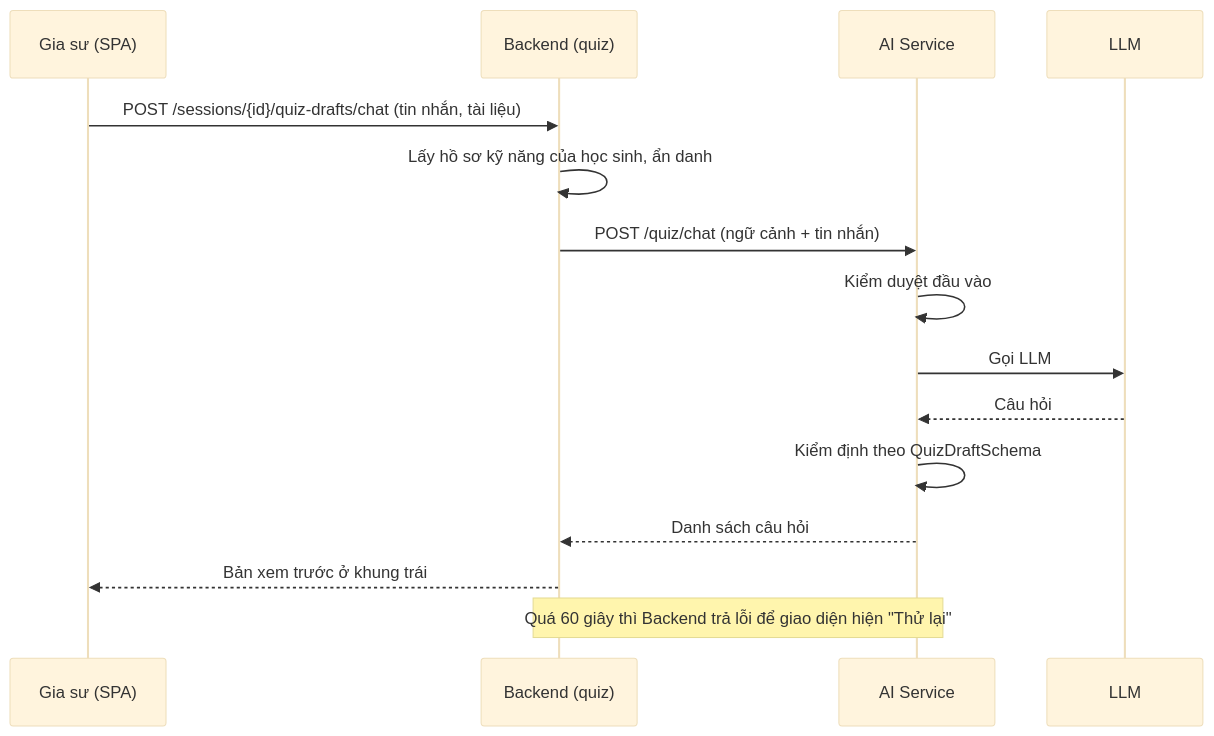
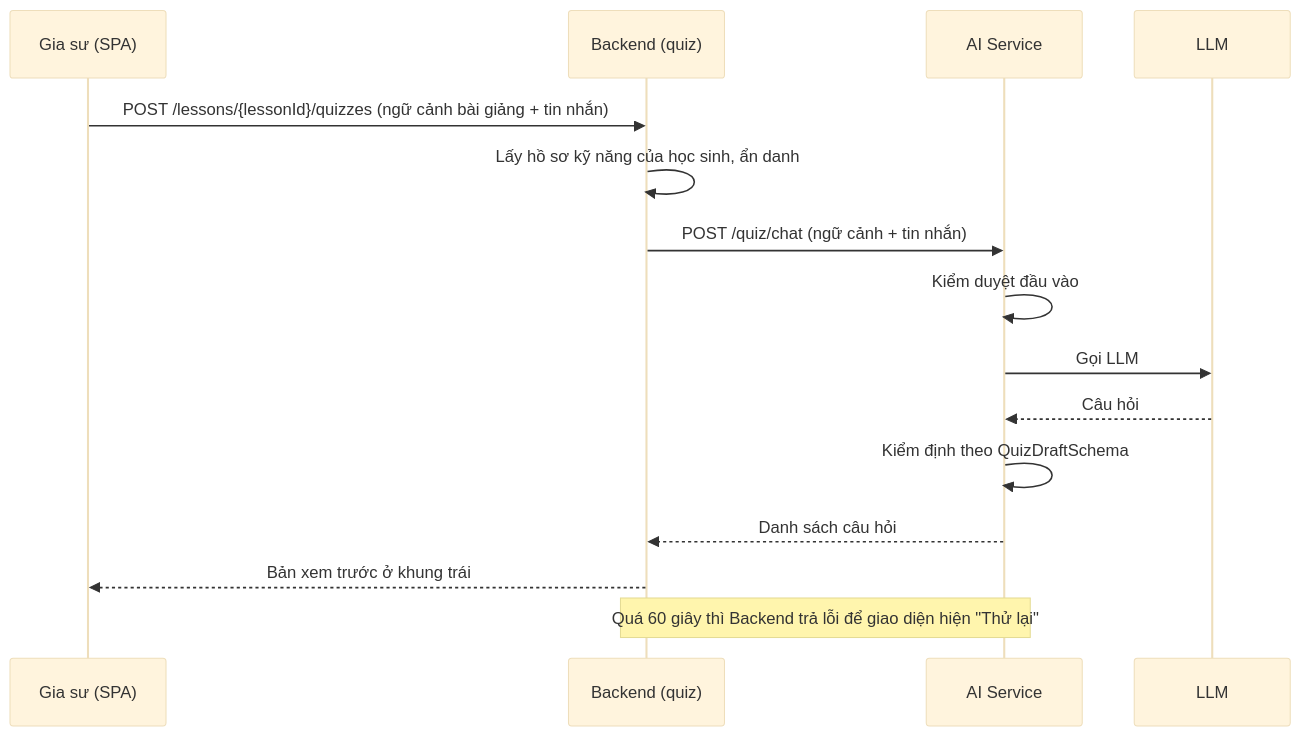
Before and after one commit to quangnguyenviet/English-tutor-platform-final-project-2026: the sixth of 8 diagrams in docs/project/ARCHITECTURE.md, drawn with Mermaid (base theme). The commit also changed other lines of this file and 3 other files, not shown here.

First line of the commit message:
docs: cập nhật 4 tài liệu theo refactor V16 (lessons + teaching_logs)

````diff
--- a/docs/project/ARCHITECTURE.md
+++ b/docs/project/ARCHITECTURE.md
@@ -287,18 +287,18 @@
 ```mermaid
 sequenceDiagram
     participant T as Gia sư (SPA)
     participant B as Backend (quiz)
     participant A as AI Service
     participant L as LLM
 
-    T->>B: POST /sessions/{id}/quiz-drafts/chat (tin nhắn, tài liệu)
+    T->>B: POST /lessons/{lessonId}/quizzes (ngữ cảnh bài giảng + tin nhắn)
     B->>B: Lấy hồ sơ kỹ năng của học sinh, ẩn danh
     B->>A: POST /quiz/chat (ngữ cảnh + tin nhắn)
     A->>A: Kiểm duyệt đầu vào
     A->>L: Gọi LLM
     L-->>A: Câu hỏi
     A->>A: Kiểm định theo QuizDraftSchema
     A-->>B: Danh sách câu hỏi
     B-->>T: Bản xem trước ở khung trái
     Note over B,A: Quá 60 giây thì Backend trả lỗi để giao diện hiện "Thử lại"
 ```
````
